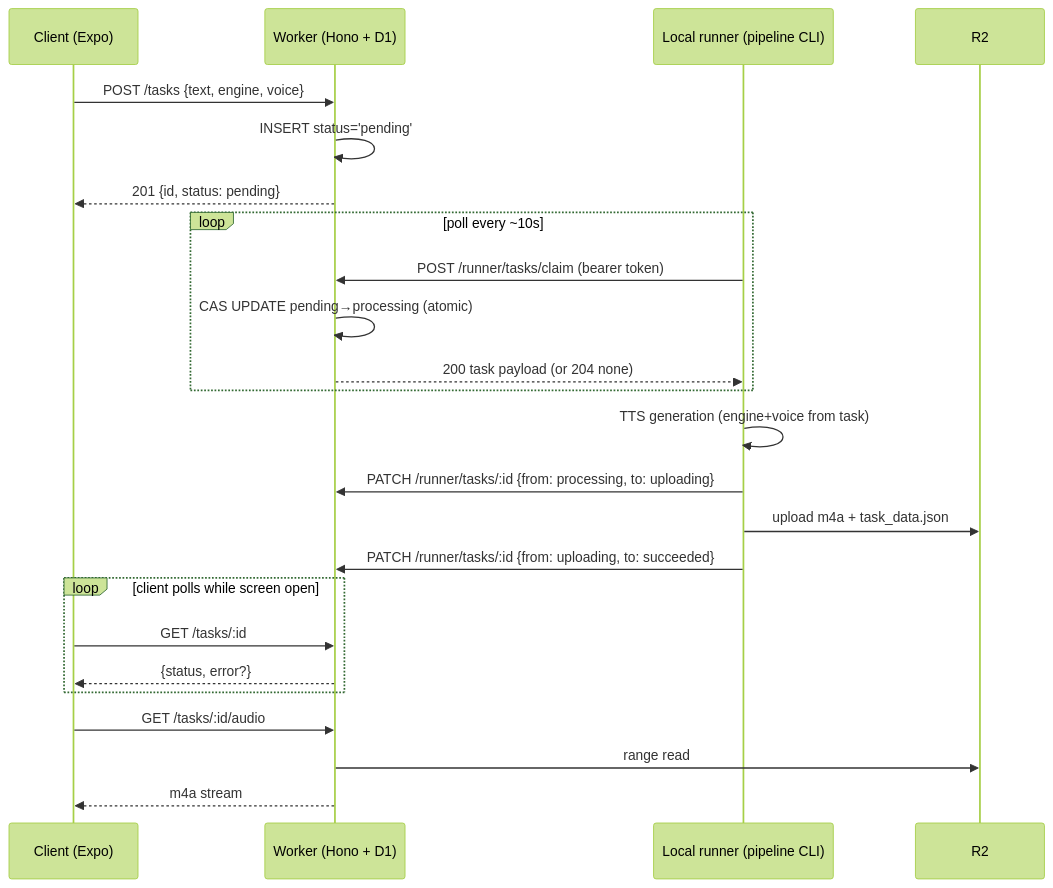
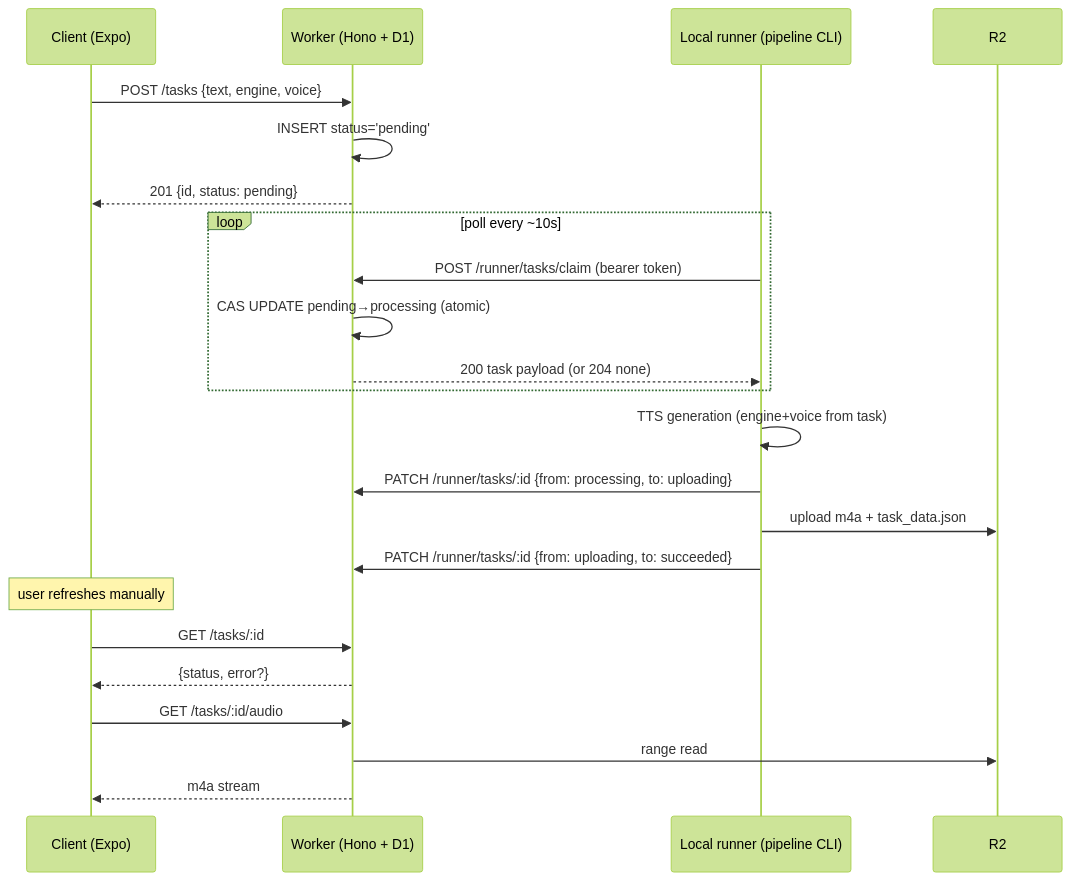
Before and after one commit to jkoeh/openshelf: the diagram in plans/audio-generation-tasks.md, drawn with Mermaid (forest theme). The commit also changed other lines of this file, not shown here.

First line of the commit message:
Drop client auto-polling from audio task plan in favor of manual refresh

````diff
--- a/plans/audio-generation-tasks.md
+++ b/plans/audio-generation-tasks.md
@@ -62,30 +62,29 @@
 ```mermaid
 sequenceDiagram
     participant C as Client (Expo)
     participant W as Worker (Hono + D1)
     participant R as Local runner (pipeline CLI)
     participant R2 as R2
 
     C->>W: POST /tasks {text, engine, voice}
     W->>W: INSERT status='pending'
     W-->>C: 201 {id, status: pending}
 
     loop poll every ~10s
         R->>W: POST /runner/tasks/claim (bearer token)
         W->>W: CAS UPDATE pending→processing (atomic)
         W-->>R: 200 task payload (or 204 none)
     end
 
     R->>R: TTS generation (engine+voice from task)
     R->>W: PATCH /runner/tasks/:id {from: processing, to: uploading}
     R->>R2: upload m4a + task_data.json
     R->>W: PATCH /runner/tasks/:id {from: uploading, to: succeeded}
 
-    loop client polls while screen open
-        C->>W: GET /tasks/:id
-        W-->>C: {status, error?}
-    end
+    Note over C: user refreshes manually
+    C->>W: GET /tasks/:id
+    W-->>C: {status, error?}
     C->>W: GET /tasks/:id/audio
     W->>R2: range read
     W-->>C: m4a stream
 ```
````
